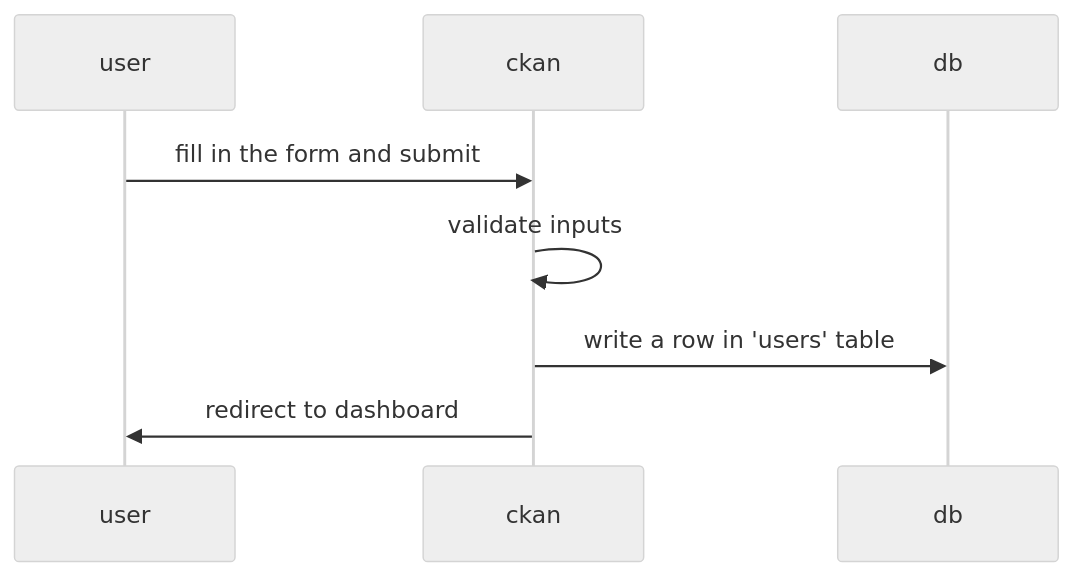
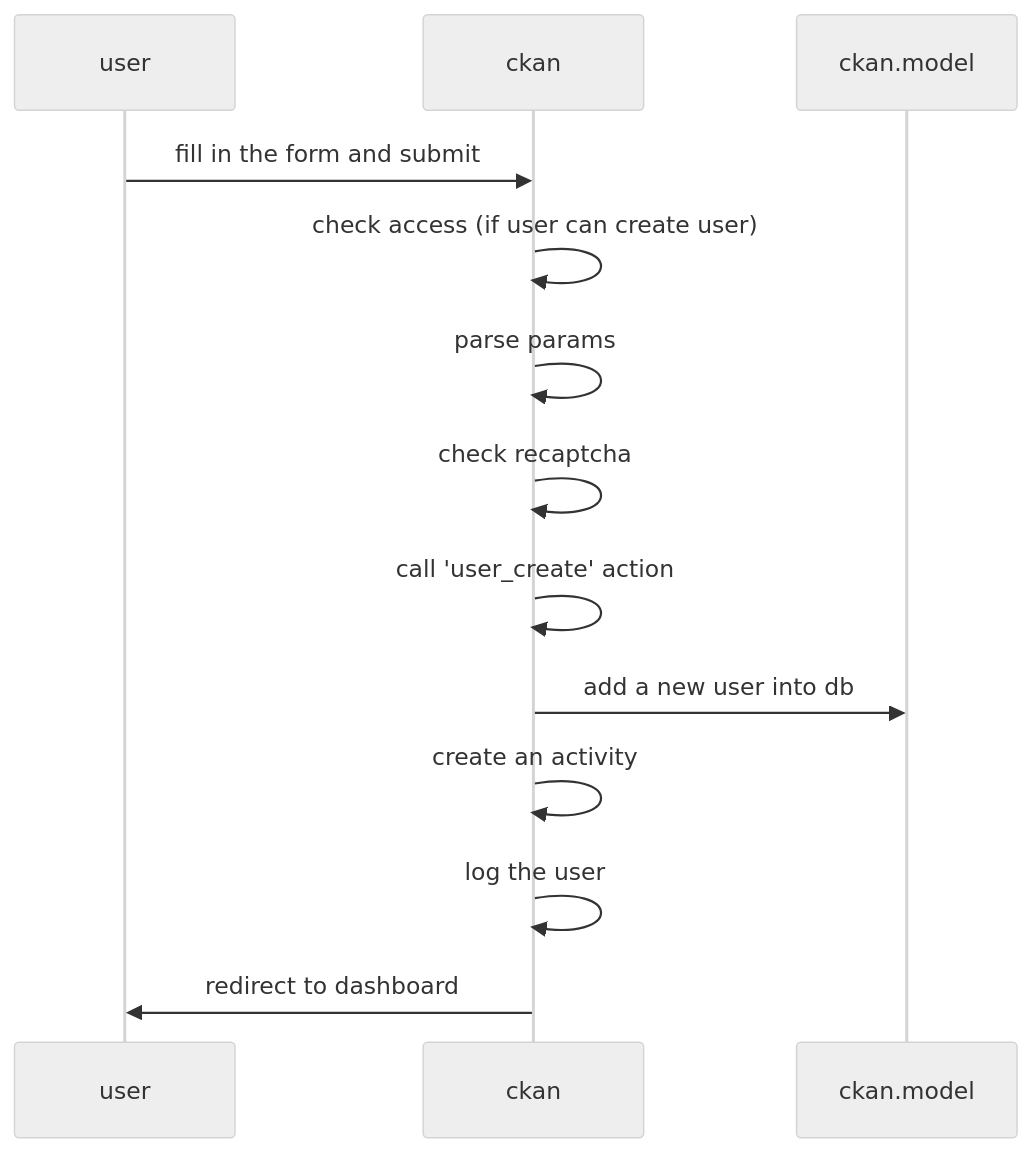
One commit to datopian/tech.datopian.com changed the first of 4 diagrams in authentication/README.md. Above: the diagram before and after it, drawn with Mermaid (neutral theme). The commit also changed other lines of this file, not shown here.

Commit message:
[authentication][xs]: refactored CKAN Classic section, removed 'limitation' subsection.

````diff
--- a/authentication/README.md
+++ b/authentication/README.md
@@ -93,8 +95,13 @@
 ```mermaid
 sequenceDiagram
 
   user->>ckan: fill in the form and submit
-  ckan->>ckan: validate inputs
-  ckan->>db: write a row in 'users' table
+  ckan->>ckan: check access (if user can create user)
+  ckan->>ckan: parse params
+  ckan->>ckan: check recaptcha
+  ckan->>ckan: call 'user_create' action
+  ckan->>ckan.model: add a new user into db
+  ckan->>ckan: create an activity
+  ckan->>ckan: log the user
   ckan->>user: redirect to dashboard
 ```
````
